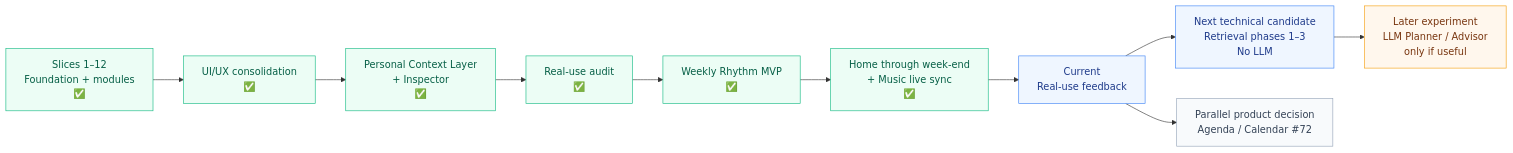
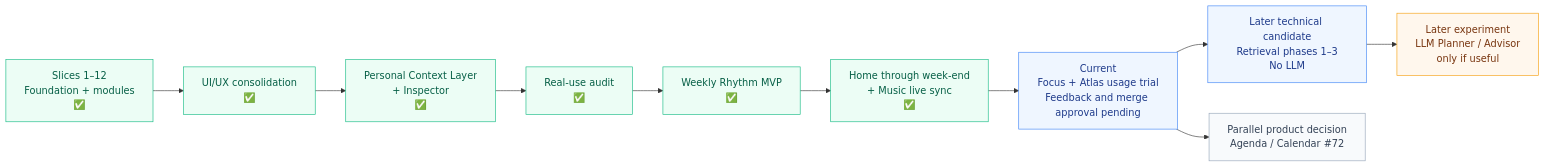
One commit to teravyte18/personal-control-center changed the diagram in docs/roadmap.md. Above: the diagram before and after it, drawn with Mermaid. The commit also changed other lines of this file and 10 other files, not shown here.

Commit message:
docs: align repository guidance with active Focus Atlas usage trial

````diff
--- a/docs/roadmap.md
+++ b/docs/roadmap.md
@@ -15,26 +19,26 @@
 ```mermaid
 graph LR
     S1["Slices 1–12<br/>Foundation + modules<br/>✅"]
     UX["UI/UX consolidation<br/>✅"]
     CTX["Personal Context Layer<br/>+ Inspector<br/>✅"]
     AUDIT["Real-use audit<br/>✅"]
     RHY["Weekly Rhythm MVP<br/>✅"]
     HOME["Home through week-end<br/>+ Music live sync<br/>✅"]
-    TEST["Current<br/>Real-use feedback"]
-    RET["Next technical candidate<br/>Retrieval phases 1–3<br/>No LLM"]
+    TEST["Current<br/>Focus + Atlas usage trial<br/>Feedback and merge approval pending"]
+    RET["Later technical candidate<br/>Retrieval phases 1–3<br/>No LLM"]
     CAL["Parallel product decision<br/>Agenda / Calendar #72"]
     LAB["Later experiment<br/>LLM Planner / Advisor<br/>only if useful"]
 
     S1 --> UX --> CTX --> AUDIT --> RHY --> HOME --> TEST
     TEST --> RET --> LAB
     TEST --> CAL
 
     classDef done fill:#ecfdf5,stroke:#10b981,color:#065f46;
     classDef selected fill:#eff6ff,stroke:#3b82f6,color:#1e3a8a;
     classDef experimental fill:#fff7ed,stroke:#f59e0b,color:#78350f;
     classDef planned fill:#f8fafc,stroke:#94a3b8,color:#334155;
     class S1,UX,CTX,AUDIT,RHY,HOME done;
     class TEST,RET selected;
     class CAL planned;
     class LAB experimental;
 ```
````
